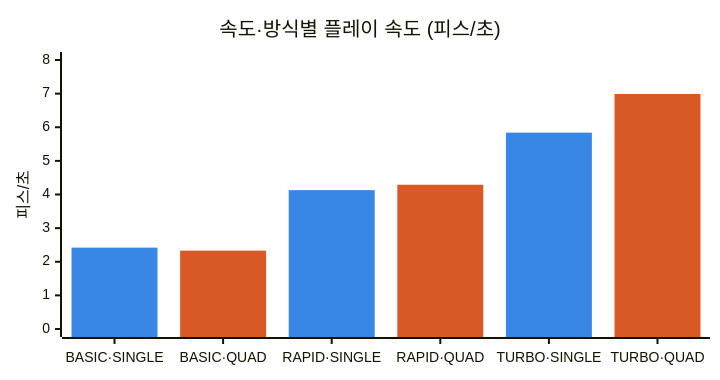
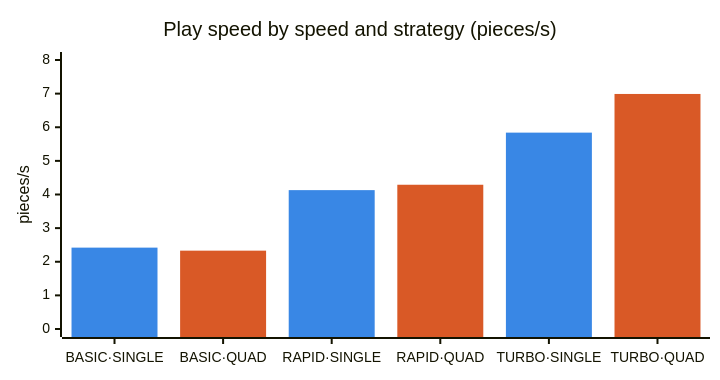
The first of 5 diagrams in README.md (JTech-CO/Tetrio-AI), drawn with Mermaid before and after one commit. The commit also changed other lines of this file and 6 other files, not shown here.

````diff
--- a/README.md
+++ b/README.md
@@ -38,10 +61,10 @@
 ```mermaid
 %%{init: {"xyChart": {"height": 360}, "themeVariables": {"xyChart": {"plotColorPalette": "#3987e5, #d95926"}}}}%%
 xychart-beta
-    title "속도·방식별 플레이 속도 (피스/초)"
+    title "Play speed by speed and strategy (pieces/s)"
     x-axis ["BASIC·SINGLE", "BASIC·QUAD", "RAPID·SINGLE", "RAPID·QUAD", "TURBO·SINGLE", "TURBO·QUAD"]
-    y-axis "피스/초" 0 --> 8
-    %% 음수 = 막대 없음. mermaid는 0도 8px 막대로 그리므로 값이 없는 칸은 -5로 둔다.
+    y-axis "pieces/s" 0 --> 8
+    %% A negative value draws no bar: mermaid draws 0 as an 8px bar.
     bar [2.42, -5, 4.13, -5, 5.84, -5]
     bar [-5, 2.33, -5, 4.29, -5, 6.99]
 ```
````
